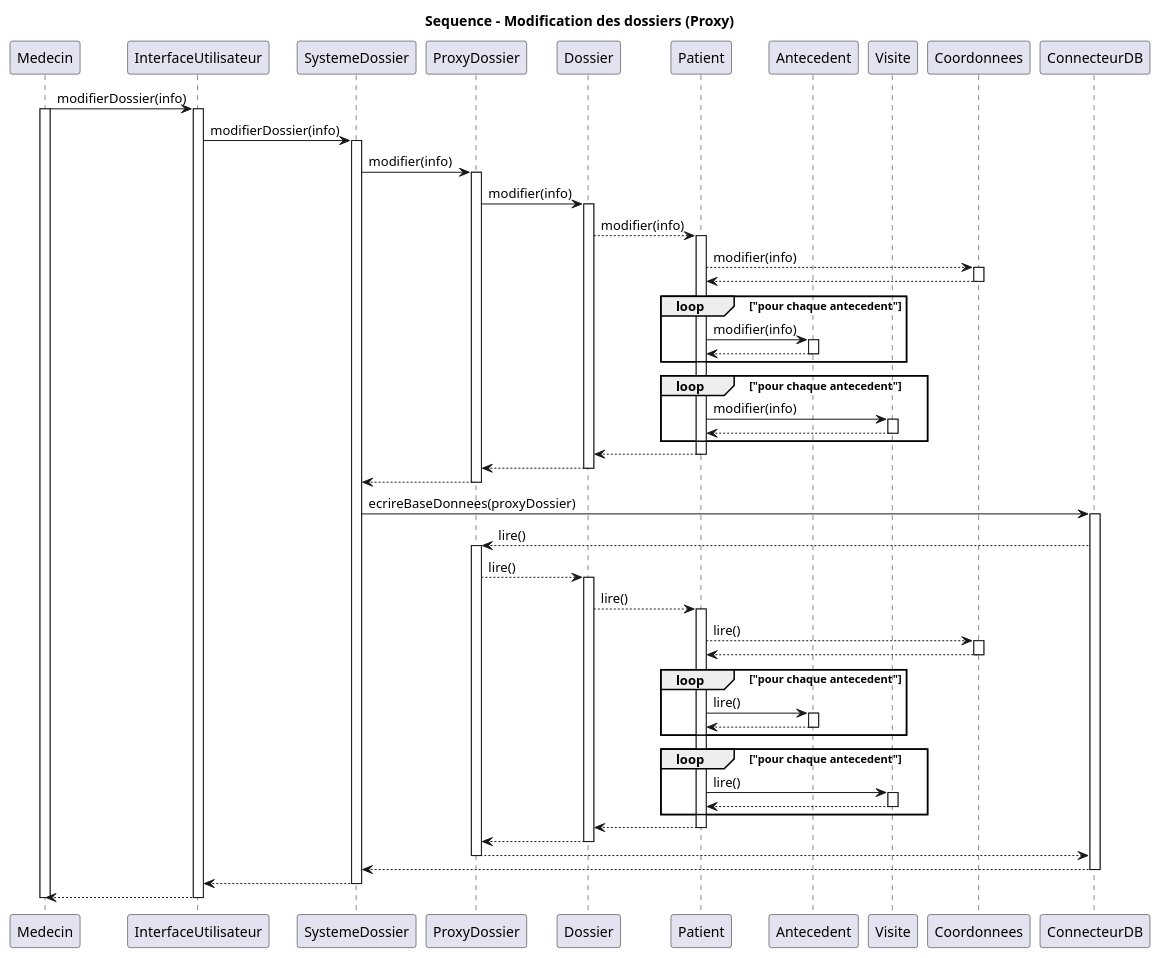
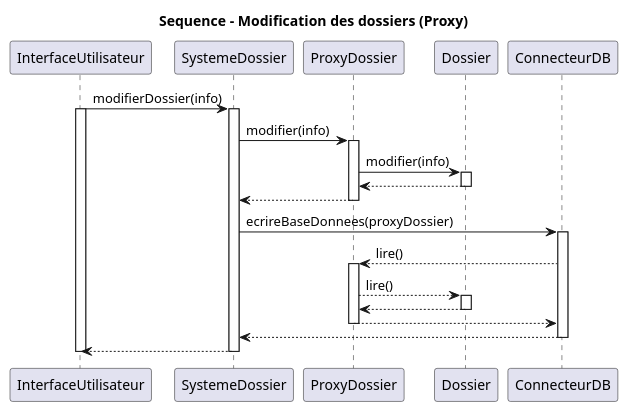
One commit to vbrayuqam/projet-genielog changed the diagram in sequenceProxy.puml. Above: the diagram before and after it, drawn with PlantUML. The commit also changed 1 other file, not shown here.

```diff
--- a/sequenceProxy.puml
+++ b/sequenceProxy.puml
@@ -1,99 +1,39 @@
 @startuml sequenceModificationPatient
 
 title Sequence - Modification des dossiers (Proxy)
 
-participant Medecin as M
+
 participant InterfaceUtilisateur as U
 participant SystemeDossier as S
 participant ProxyDossier as PD
 participant Dossier as D
-participant Patient as P
-participant Antecedent as A
-participant Visite as V
-participant Coordonnees as C
 participant ConnecteurDB as DB
 
-
-M -> U: modifierDossier(info)
-activate M
+U -> S: modifierDossier(info)
 activate U
-U -> S: modifierDossier(info)
 activate S
 S -> PD: modifier(info)
 activate PD
 PD -> D: modifier(info)
 activate D
-D --> P: modifier(info)
-activate P
-P --> C: modifier(info)
-activate C
-C --> P
-deactivate C
-
-loop "pour chaque antecedent"
-  P -> A: modifier(info)
-  activate A
-  A --> P
-  deactivate A
-end loop
-
-loop "pour chaque antecedent"
-  P -> V: modifier(info)
-  activate V
-  V --> P
-  deactivate V
-end loop
-
-P --> D
-deactivate P
 D --> PD
 deactivate D
 PD --> S
 deactivate PD
 S -> DB: ecrireBaseDonnees(proxyDossier)
 activate DB
 DB --> PD: lire()
 activate PD
 PD --> D: lire()
 activate D
-
-
-
-D --> P: lire()
-activate P
-P --> C: lire()
-activate C
-C --> P
-deactivate C
-
-loop "pour chaque antecedent"
-  P -> A: lire()
-  activate A
-  A --> P
-  deactivate A
-end loop
-
-loop "pour chaque antecedent"
-  P -> V: lire()
-  activate V
-  V --> P
-  deactivate V
-end loop
-
-P --> D
-deactivate P
 D --> PD
 deactivate D
 PD --> DB
 deactivate PD
-
-
 DB --> S
 deactivate DB
 S --> U
 deactivate S
-U --> M
 deactivate U
-deactivate M
 
 @enduml
```
